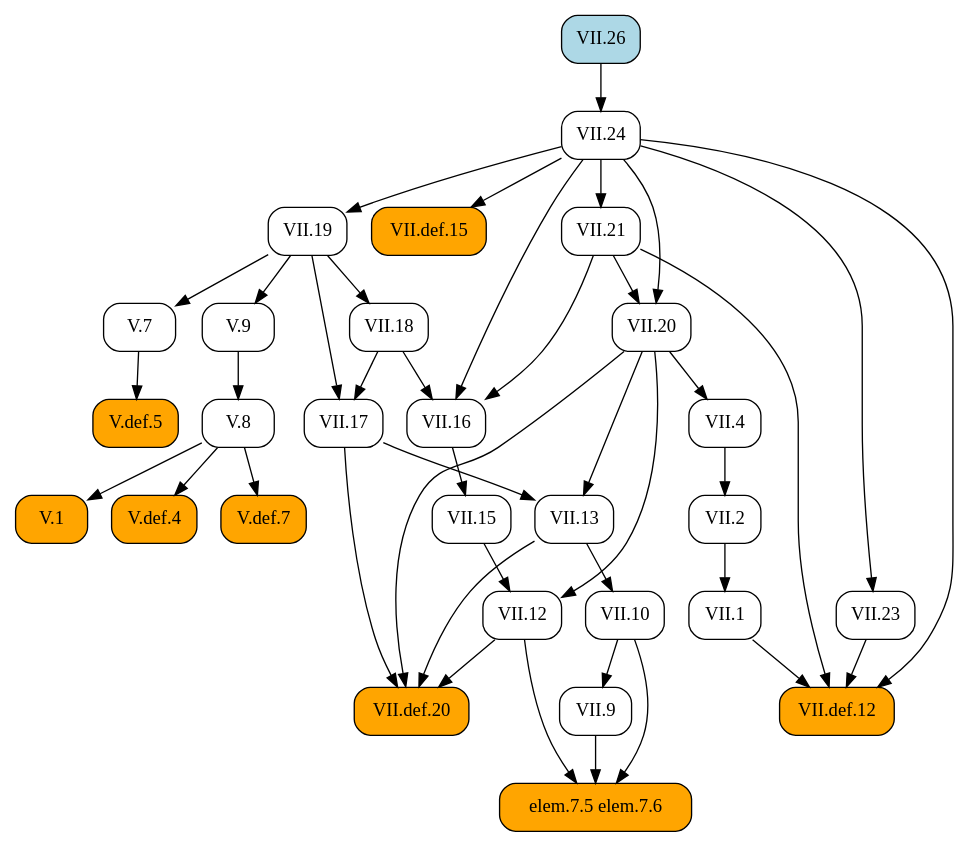
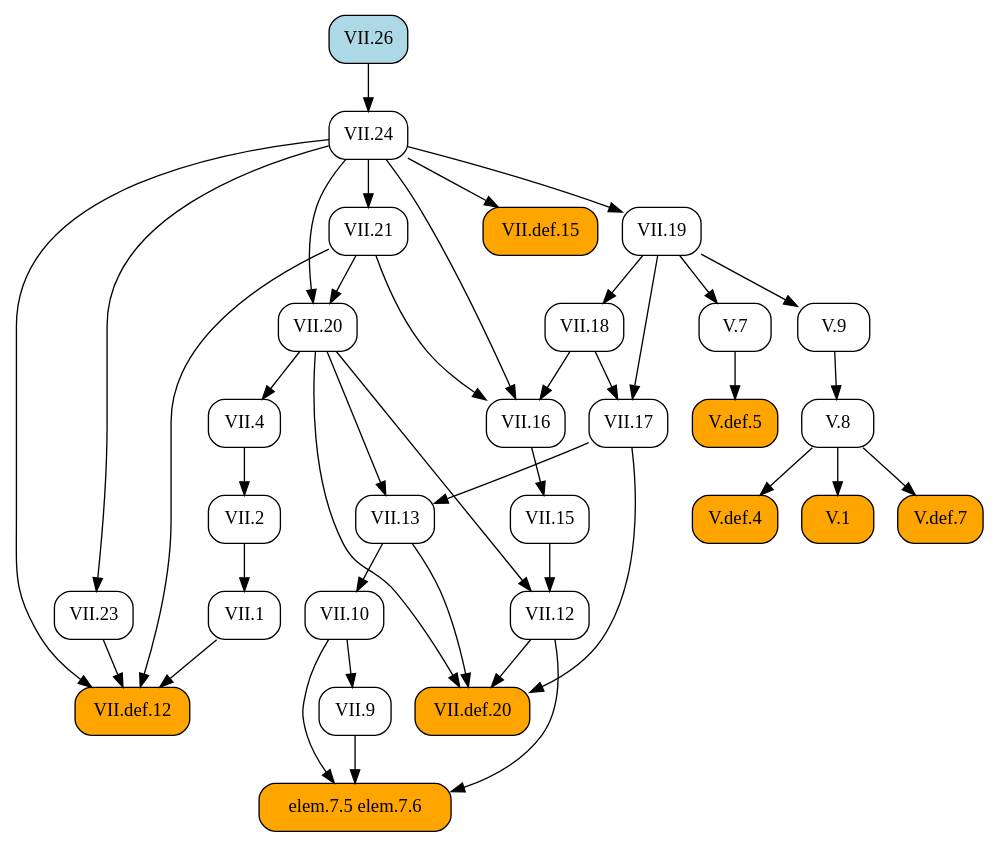
Before and after one commit to geometor/elements: the diagram in docsrc/heath/VII/26/index.rst, drawn with Graphviz. The commit also changed other lines of this file and 484 other files, not shown here.

```diff
--- a/docsrc/heath/VII/26/index.rst
+++ b/docsrc/heath/VII/26/index.rst
@@ -38,75 +38,75 @@
 .. graphviz::
 
    digraph {
      rankdir="TB";
      node [shape=box, style=rounded];
-     "VII.def.12" [style="rounded,filled", fillcolor=orange, URL="/heath/VII/def.12/", target="_top"];
-     "V.8" [URL="/heath/V/8/", target="_top"];
+     "VII.12" [URL="/heath/VII/12/", target="_top"];
+     "elem.7.5 elem.7.6" [style="rounded,filled", fillcolor=orange];
+     "V.def.7" [style="rounded,filled", fillcolor=orange, URL="/heath/V/def.7/", target="_top"];
+     "VII.9" [URL="/heath/VII/9/", target="_top"];
+     "VII.18" [URL="/heath/VII/18/", target="_top"];
+     "VII.16" [URL="/heath/VII/16/", target="_top"];
+     "V.7" [URL="/heath/V/7/", target="_top"];
+     "VII.26" [style="rounded,filled", fillcolor=lightblue, URL="/heath/VII/26/", target="_top"];
+     "VII.21" [URL="/heath/VII/21/", target="_top"];
+     "V.def.5" [style="rounded,filled", fillcolor=orange, URL="/heath/V/def.5/", target="_top"];
+     "V.def.4" [style="rounded,filled", fillcolor=orange, URL="/heath/V/def.4/", target="_top"];
+     "V.9" [URL="/heath/V/9/", target="_top"];
      "VII.1" [URL="/heath/VII/1/", target="_top"];
      "VII.10" [URL="/heath/VII/10/", target="_top"];
-     "VII.9" [URL="/heath/VII/9/", target="_top"];
+     "V.8" [URL="/heath/V/8/", target="_top"];
+     "VII.13" [URL="/heath/VII/13/", target="_top"];
+     "VII.23" [URL="/heath/VII/23/", target="_top"];
+     "VII.4" [URL="/heath/VII/4/", target="_top"];
+     "VII.def.12" [style="rounded,filled", fillcolor=orange, URL="/heath/VII/def.12/", target="_top"];
+     "VII.20" [URL="/heath/VII/20/", target="_top"];
+     "V.1" [style="rounded,filled", fillcolor=orange, URL="/heath/V/1/", target="_top"];
      "VII.def.15" [style="rounded,filled", fillcolor=orange, URL="/heath/VII/def.15/", target="_top"];
-     "V.def.5" [style="rounded,filled", fillcolor=orange, URL="/heath/V/def.5/", target="_top"];
+     "VII.24" [URL="/heath/VII/24/", target="_top"];
+     "VII.17" [URL="/heath/VII/17/", target="_top"];
      "VII.19" [URL="/heath/VII/19/", target="_top"];
-     "VII.18" [URL="/heath/VII/18/", target="_top"];
-     "VII.16" [URL="/heath/VII/16/", target="_top"];
-     "VII.26" [style="rounded,filled", fillcolor=lightblue, URL="/heath/VII/26/", target="_top"];
-     "VII.4" [URL="/heath/VII/4/", target="_top"];
-     "VII.21" [URL="/heath/VII/21/", target="_top"];
-     "V.1" [style="rounded,filled", fillcolor=orange, URL="/heath/V/1/", target="_top"];
-     "VII.17" [URL="/heath/VII/17/", target="_top"];
-     "elem.7.5 elem.7.6" [style="rounded,filled", fillcolor=orange];
-     "VII.20" [URL="/heath/VII/20/", target="_top"];
+     "VII.2" [URL="/heath/VII/2/", target="_top"];
+     "VII.def.20" [style="rounded,filled", fillcolor=orange, URL="/heath/VII/def.20/", target="_top"];
      "VII.15" [URL="/heath/VII/15/", target="_top"];
-     "V.7" [URL="/heath/V/7/", target="_top"];
-     "V.9" [URL="/heath/V/9/", target="_top"];
-     "V.def.4" [style="rounded,filled", fillcolor=orange, URL="/heath/V/def.4/", target="_top"];
-     "VII.13" [URL="/heath/VII/13/", target="_top"];
-     "VII.2" [URL="/heath/VII/2/", target="_top"];
-     "V.def.7" [style="rounded,filled", fillcolor=orange, URL="/heath/V/def.7/", target="_top"];
-     "VII.12" [URL="/heath/VII/12/", target="_top"];
-     "VII.23" [URL="/heath/VII/23/", target="_top"];
-     "VII.24" [URL="/heath/VII/24/", target="_top"];
-     "VII.def.20" [style="rounded,filled", fillcolor=orange, URL="/heath/VII/def.20/", target="_top"];
+     "VII.15" -> "VII.12";
+     "VII.20" -> "VII.12";
+     "VII.9" -> "elem.7.5 elem.7.6";
+     "VII.10" -> "elem.7.5 elem.7.6";
+     "VII.12" -> "elem.7.5 elem.7.6";
+     "V.8" -> "V.def.7";
+     "VII.10" -> "VII.9";
+     "VII.19" -> "VII.18";
+     "VII.18" -> "VII.16";
+     "VII.21" -> "VII.16";
+     "VII.24" -> "VII.16";
+     "VII.19" -> "V.7";
+     "VII.24" -> "VII.21";
+     "V.7" -> "V.def.5";
+     "V.8" -> "V.def.4";
+     "VII.19" -> "V.9";
+     "VII.2" -> "VII.1";
+     "VII.13" -> "VII.10";
+     "V.9" -> "V.8";
+     "VII.17" -> "VII.13";
+     "VII.20" -> "VII.13";
+     "VII.24" -> "VII.23";
+     "VII.20" -> "VII.4";
      "VII.1" -> "VII.def.12";
      "VII.21" -> "VII.def.12";
      "VII.23" -> "VII.def.12";
      "VII.24" -> "VII.def.12";
-     "V.9" -> "V.8";
-     "VII.2" -> "VII.1";
-     "VII.13" -> "VII.10";
-     "VII.10" -> "VII.9";
+     "VII.21" -> "VII.20";
+     "VII.24" -> "VII.20";
+     "V.8" -> "V.1";
      "VII.24" -> "VII.def.15";
-     "V.7" -> "V.def.5";
-     "VII.24" -> "VII.19";
-     "VII.19" -> "VII.18";
-     "VII.18" -> "VII.16";
-     "VII.21" -> "VII.16";
-     "VII.24" -> "VII.16";
-     "VII.20" -> "VII.4";
-     "VII.24" -> "VII.21";
-     "V.8" -> "V.1";
+     "VII.26" -> "VII.24";
      "VII.18" -> "VII.17";
      "VII.19" -> "VII.17";
-     "VII.9" -> "elem.7.5 elem.7.6";
-     "VII.10" -> "elem.7.5 elem.7.6";
-     "VII.12" -> "elem.7.5 elem.7.6";
-     "VII.21" -> "VII.20";
-     "VII.24" -> "VII.20";
-     "VII.16" -> "VII.15";
-     "VII.19" -> "V.7";
-     "VII.19" -> "V.9";
-     "V.8" -> "V.def.4";
-     "VII.17" -> "VII.13";
-     "VII.20" -> "VII.13";
+     "VII.24" -> "VII.19";
      "VII.4" -> "VII.2";
-     "V.8" -> "V.def.7";
-     "VII.15" -> "VII.12";
-     "VII.20" -> "VII.12";
-     "VII.24" -> "VII.23";
-     "VII.26" -> "VII.24";
      "VII.12" -> "VII.def.20";
      "VII.13" -> "VII.def.20";
      "VII.17" -> "VII.def.20";
      "VII.20" -> "VII.def.20";
+     "VII.16" -> "VII.15";
    }
```
